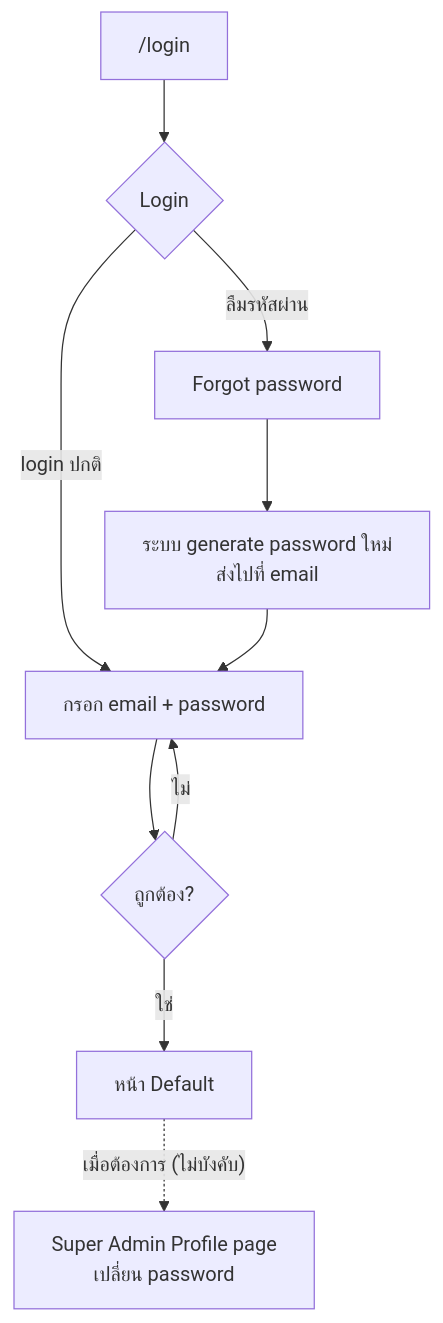
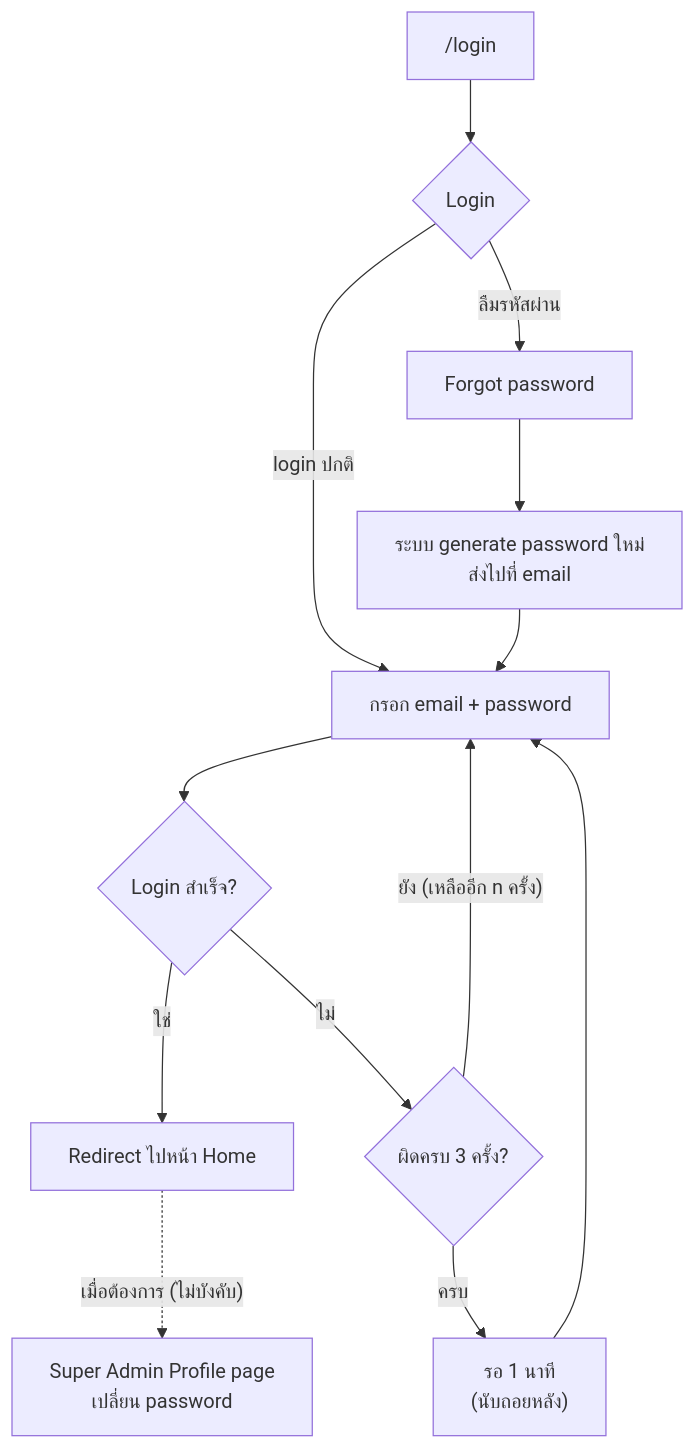
The first of 5 diagrams in document/diagram/login-flow.md (jeweal-pm/f1-system), drawn with Mermaid before and after one commit. The commit also changed other lines of this file and 3 other files, not shown here.

Commit message:
feat: update flow login

````diff
--- a/document/diagram/login-flow.md
+++ b/document/diagram/login-flow.md
@@ -10,12 +12,15 @@
 ```mermaid
 flowchart TD
     A["/login"] --> B{"Login"}
     B -->|"login ปกติ"| C["กรอก email + password"]
     B -->|"ลืมรหัสผ่าน"| F["Forgot password"]
-    C --> D{"ถูกต้อง?"}
-    D -->|"ใช่"| E["หน้า Default"]
-    D -->|"ไม่"| C
+    C --> D{"Login สำเร็จ?"}
+    D -->|"ใช่"| E["Redirect ไปหน้า Home"]
+    D -->|"ไม่"| H{"ผิดครบ 3 ครั้ง?"}
+    H -->|"ยัง (เหลืออีก n ครั้ง)"| C
+    H -->|"ครบ"| L["รอ 1 นาที<br/>(นับถอยหลัง)"]
+    L --> C
     F --> G["ระบบ generate password ใหม่<br/>ส่งไปที่ email"]
     G --> C
     E -.->|"เมื่อต้องการ (ไม่บังคับ)"| P["Super Admin Profile page<br/>เปลี่ยน password"]
 ```
````
